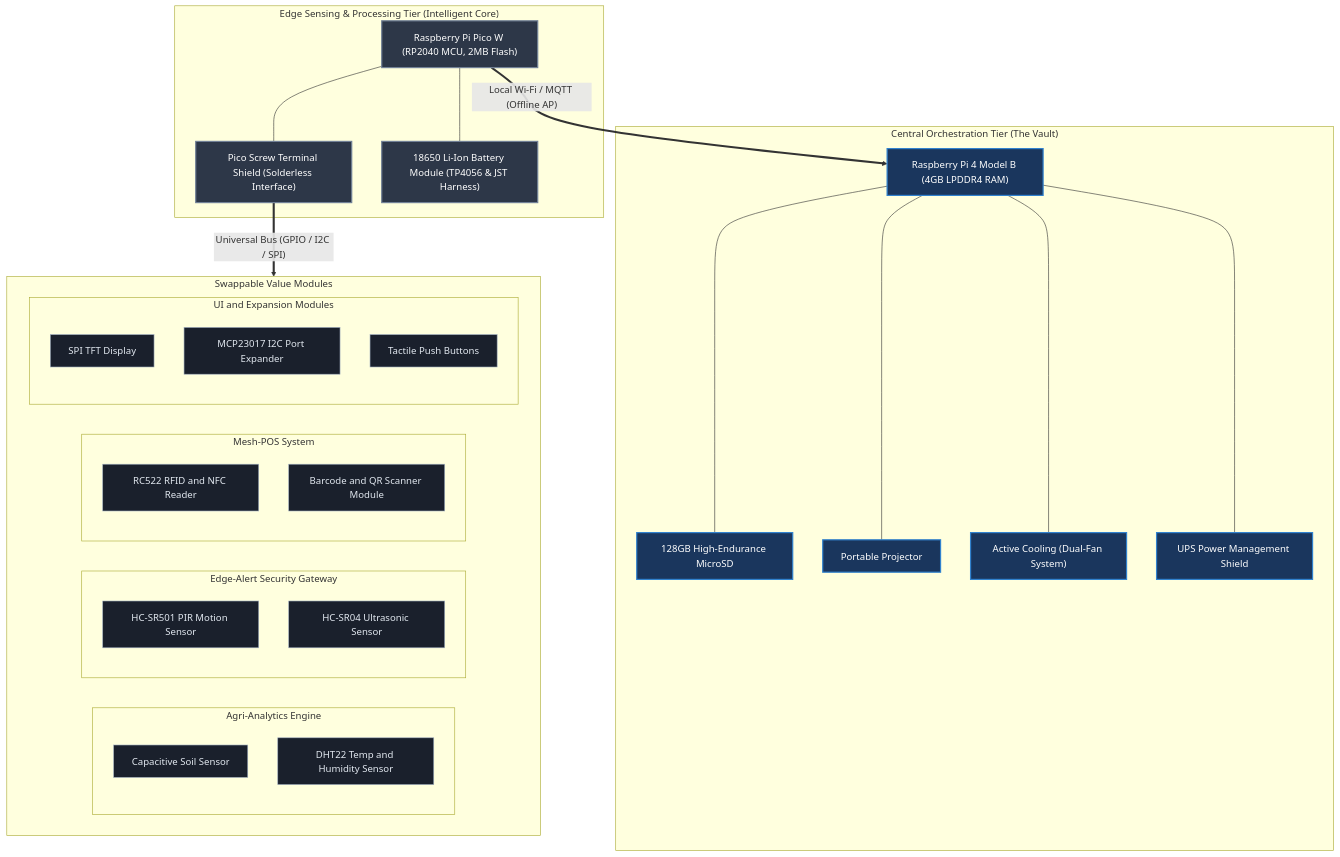
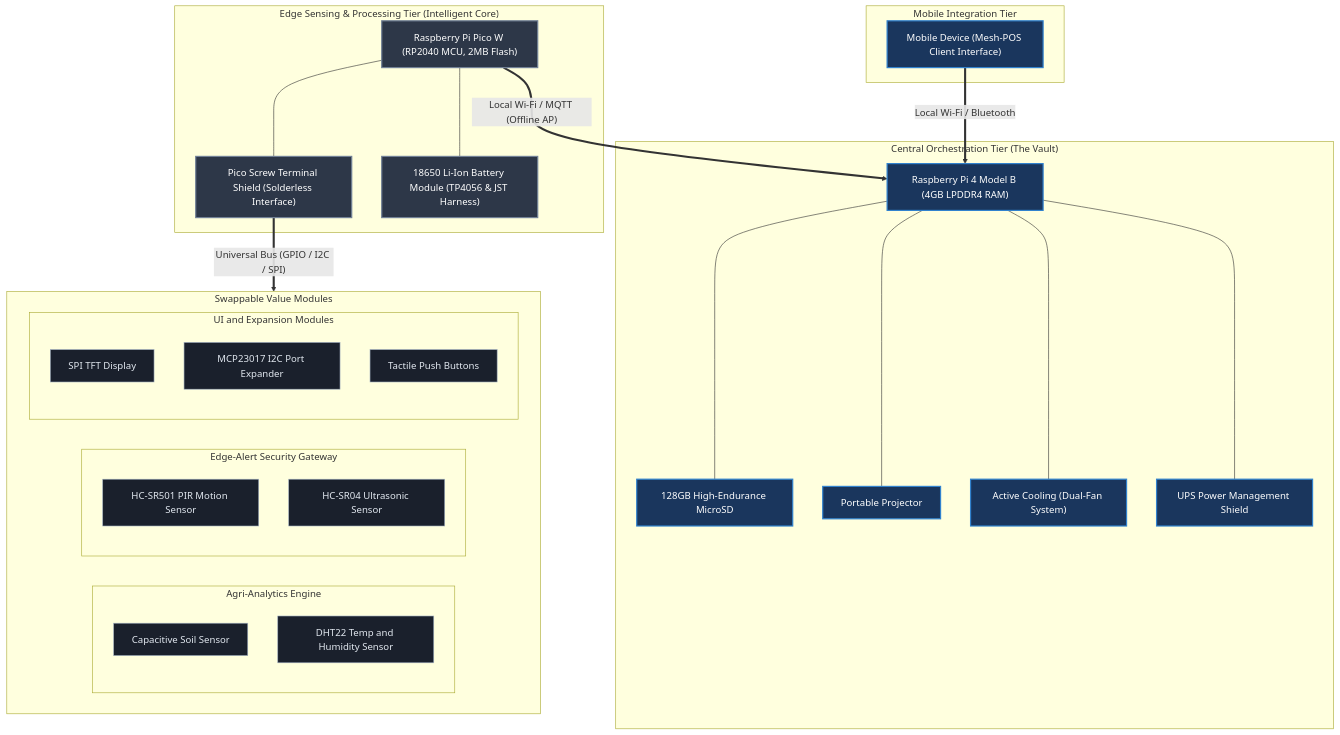
Before and after one commit to pmd742omni/2026-02-15-Sun-2055-Modular-Adaptive-Data-Node--MAD---Node--for-Dynamic-Value-Systems: the diagram in 2026-03-30 Mon 0833 Chapters/2026-05-13 Wed 1220 Version 2026-05-13 Wed 1246/2026-05-27 0832 3.3 System Requirements.md, drawn with Mermaid. The commit also changed other lines of this file and 2 other files, not shown here.

Commit message:
2026-05-29 Fri 1333 Checkpoint Nine - Mesh-POS Mobile Integration & Hardware Cost-Reduction

````diff
--- a/2026-03-30 Mon 0833 Chapters/2026-05-13 Wed 1220 Version 2026-05-13 Wed 1246/2026-05-27 0832 3.3 System Requirements.md
+++ b/2026-03-30 Mon 0833 Chapters/2026-05-13 Wed 1220 Version 2026-05-13 Wed 1246/2026-05-27 0832 3.3 System Requirements.md
@@ -11,59 +11,61 @@
 ```mermaid
 graph TD
     %% Styling Classes
     classDef vaultStyle fill:#1a365d,stroke:#3182ce,stroke-width:2px,color:#fff;
     classDef edgeStyle fill:#2d3748,stroke:#718096,stroke-width:2px,color:#fff;
     classDef moduleStyle fill:#2c5282,stroke:#4299e1,stroke-width:2px,color:#fff;
     classDef subModuleStyle fill:#1a202c,stroke:#a0aec0,stroke-width:1px,color:#e2e8f0;
 
     subgraph VaultTier ["Central Orchestration Tier (The Vault)"]
         Vault["Raspberry Pi 4 Model B (4GB LPDDR4 RAM)"]:::vaultStyle
         SD["128GB High-Endurance MicroSD"]:::vaultStyle
         Proj["Portable Projector"]:::vaultStyle
         Cooling["Active Cooling (Dual-Fan System)"]:::vaultStyle
         VaultUPS["UPS Power Management Shield"]:::vaultStyle
         
         Vault --- SD
         Vault --- Proj
         Vault --- Cooling
         Vault --- VaultUPS
     end
 
     subgraph EdgeTier ["Edge Sensing & Processing Tier (Intelligent Core)"]
         PicoW["Raspberry Pi Pico W (RP2040 MCU, 2MB Flash)"]:::edgeStyle
         Shield["Pico Screw Terminal Shield (Solderless Interface)"]:::edgeStyle
         PicoUPS["18650 Li-Ion Battery Module (TP4056 & JST Harness)"]:::edgeStyle
         
         PicoW --- Shield
         PicoW --- PicoUPS
     end
 
     %% Communication link
     PicoW == "Local Wi-Fi / MQTT (Offline AP)" ==> Vault
 
+    subgraph MobilePOS ["Mobile Integration Tier"]
+        Phone["Mobile Device (Mesh-POS Client Interface)"]:::vaultStyle
+    end
+
+    %% Mobile connection
+    Phone == "Local Wi-Fi / Bluetooth" ==> Vault
+
     subgraph Modules ["Swappable Value Modules"]
         subgraph AgriModule ["Agri-Analytics Engine"]
             Agri1["Capacitive Soil Sensor"]:::subModuleStyle
             Agri2["DHT22 Temp and Humidity Sensor"]:::subModuleStyle
         end
 
         subgraph SecurityModule ["Edge-Alert Security Gateway"]
             Sec1["HC-SR501 PIR Motion Sensor"]:::subModuleStyle
             Sec2["HC-SR04 Ultrasonic Sensor"]:::subModuleStyle
-        end
-
-        subgraph POSModule ["Mesh-POS System"]
-            POS1["RC522 RFID and NFC Reader"]:::subModuleStyle
-            POS2["Barcode and QR Scanner Module"]:::subModuleStyle
         end
 
         subgraph UIModule ["UI and Expansion Modules"]
             UI1["SPI TFT Display"]:::subModuleStyle
             UI2["MCP23017 I2C Port Expander"]:::subModuleStyle
             UI3["Tactile Push Buttons"]:::subModuleStyle
         end
     end
 
     %% Wiring links
     Shield ==>|"Universal Bus (GPIO / I2C / SPI)"| Modules
 ```
````
